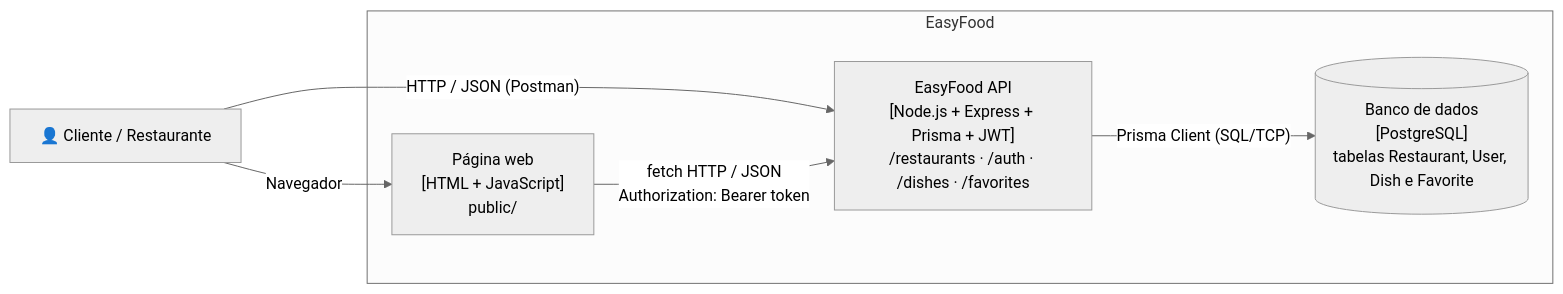
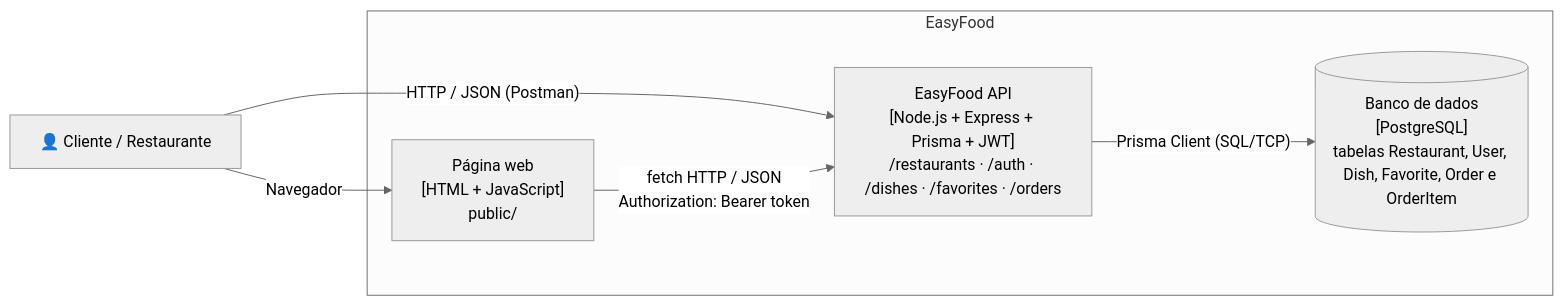
Before and after one commit to RafaellosAO10/projeto_easyfood_arquitetura_de_software: the second of 3 diagrams in docs/arquitetura/c4-model.md, drawn with Mermaid (neutral theme). The commit also changed other lines of this file and 9 other files, not shown here.

First line of the commit message:
Adiciona pedidos na API (/orders) com máquina de estados

````diff
--- a/docs/arquitetura/c4-model.md
+++ b/docs/arquitetura/c4-model.md
@@ -23,15 +23,15 @@
 ```mermaid
 flowchart LR
     usuario["👤 Cliente / Restaurante"]
 
     subgraph easyfood["EasyFood"]
         web["Página web<br/>[HTML + JavaScript]<br/>public/"]
-        api["EasyFood API<br/>[Node.js + Express + Prisma + JWT]<br/>/restaurants · /auth · /dishes · /favorites"]
-        db[("Banco de dados<br/>[PostgreSQL]<br/>tabelas Restaurant, User, Dish e Favorite")]
+        api["EasyFood API<br/>[Node.js + Express + Prisma + JWT]<br/>/restaurants · /auth · /dishes · /favorites · /orders"]
+        db[("Banco de dados<br/>[PostgreSQL]<br/>tabelas Restaurant, User, Dish, Favorite, Order e OrderItem")]
     end
 
     usuario -- "Navegador" --> web
     usuario -- "HTTP / JSON (Postman)" --> api
     web -- "fetch HTTP / JSON<br/>Authorization: Bearer token" --> api
     api -- "Prisma Client (SQL/TCP)" --> db
 ```
````
